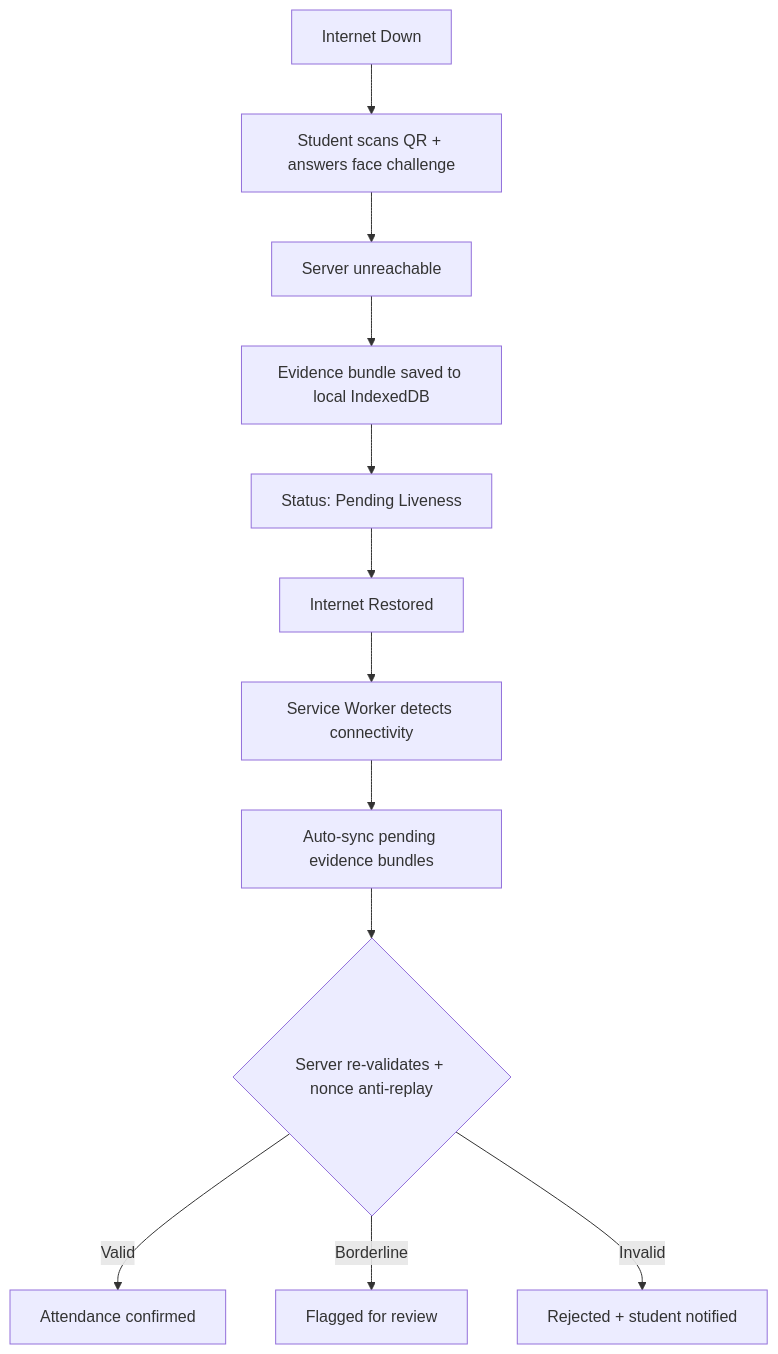
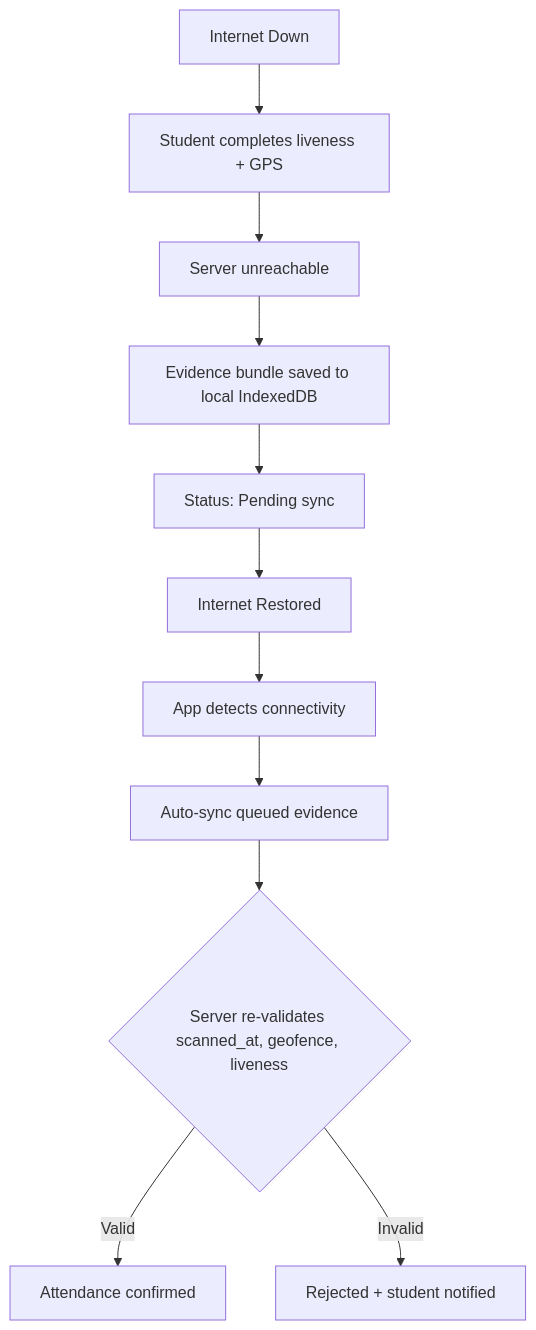
Before and after one commit to dhenji/qr_based_attendance_system: the second of 3 diagrams in docs/presentations/presentation-slides.md, drawn with Mermaid. The commit also changed other lines of this file and 31 other files, not shown here.

````diff
--- a/docs/presentations/presentation-slides.md
+++ b/docs/presentations/presentation-slides.md
@@ -134,14 +136,13 @@
 ```mermaid
 flowchart TD
-    A[Internet Down] --> B[Student scans QR + answers face challenge]
+    A[Internet Down] --> B[Student completes liveness + GPS]
     B --> C[Server unreachable]
     C --> D[Evidence bundle saved to local IndexedDB]
-    D --> E[Status: Pending Liveness]
+    D --> E[Status: Pending sync]
     E --> F[Internet Restored]
-    F --> G[Service Worker detects connectivity]
-    G --> H[Auto-sync pending evidence bundles]
-    H --> I{Server re-validates + nonce anti-replay}
+    F --> G[App detects connectivity]
+    G --> H[Auto-sync queued evidence]
+    H --> I{Server re-validates scanned_at, geofence, liveness}
     I -->|Valid| J[Attendance confirmed]
-    I -->|Borderline| K[Flagged for review]
     I -->|Invalid| L[Rejected + student notified]
 ```
````
